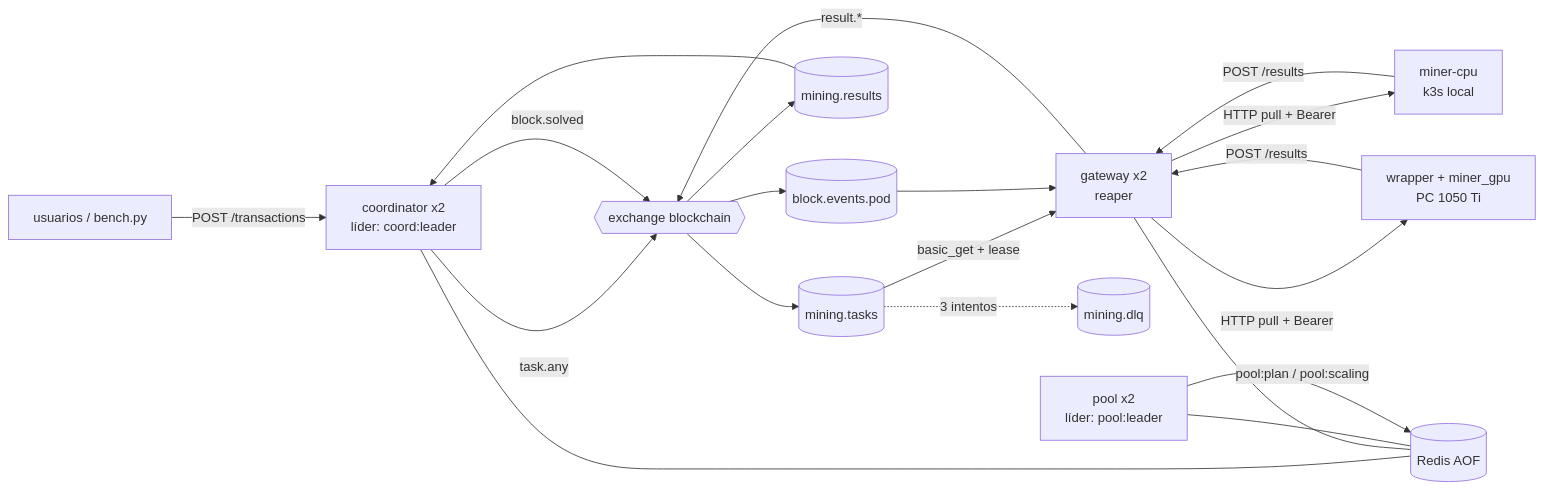
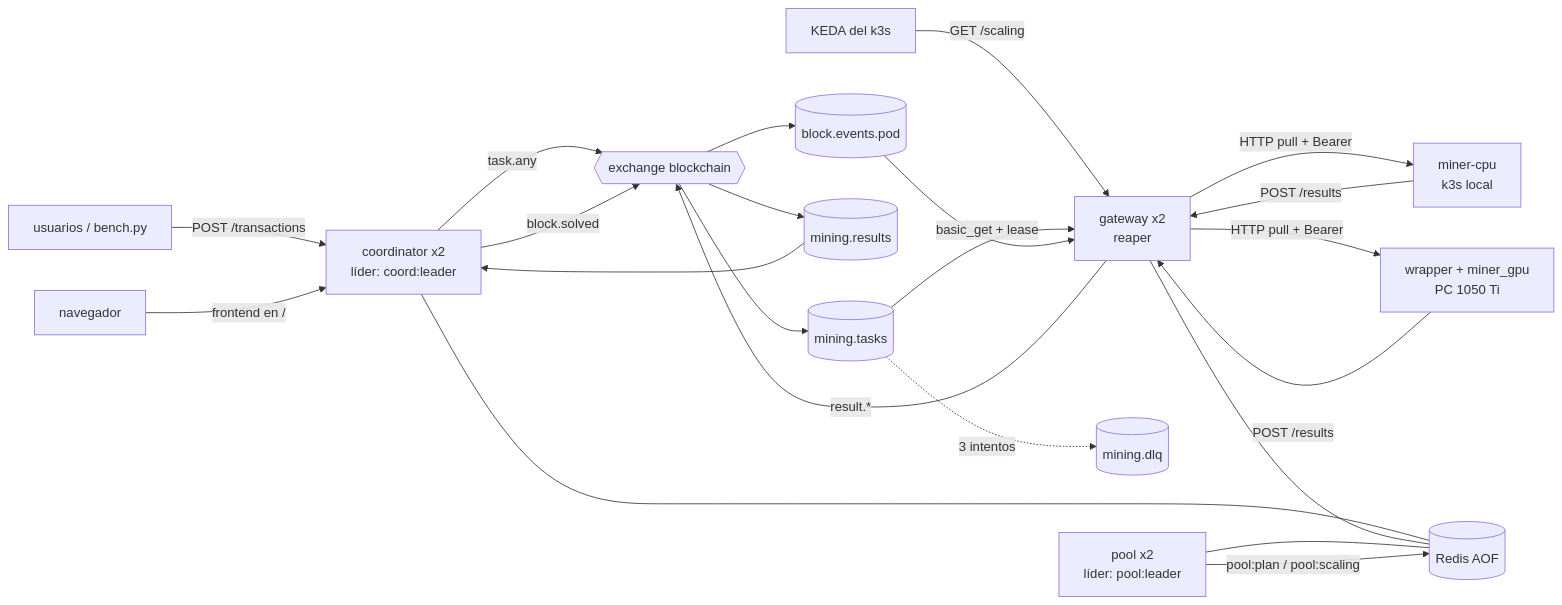
The diagram in pilar2/README.md (MateoPonti/TpIntegradorSDYPP), drawn with Mermaid before and after one commit. The commit also changed 3 other files, not shown here.

Commit message:
Diagramas actualizados (Excalidraw y PNG) y pasos del k3s de mineros

````diff
--- a/pilar2/README.md
+++ b/pilar2/README.md
@@ -43,15 +43,17 @@
 ```mermaid
 flowchart LR
   U[usuarios / bench.py] -->|POST /transactions| C[coordinator x2<br/>líder: coord:leader]
+  N[navegador] -->|frontend en /| C
+  K[KEDA del k3s] -->|GET /scaling| G
   C -->|task.any| X{{exchange blockchain}}
   X --> T[(mining.tasks)]
   T -->|basic_get + lease| G[gateway x2<br/>reaper]
   G -->|HTTP pull + Bearer| M1[miner-cpu<br/>k3s local]
   G -->|HTTP pull + Bearer| M2[wrapper + miner_gpu<br/>PC 1050 Ti]
   M1 & M2 -->|POST /results| G
   G -->|result.*| X --> R[(mining.results)] --> C
   C -->|block.solved| X --> E[(block.events.pod)] --> G
   T -.3 intentos.-> D[(mining.dlq)]
   C & G & P[pool x2<br/>líder: pool:leader] --- RD[(Redis AOF)]
   P -->|pool:plan / pool:scaling| RD
 ```
````
